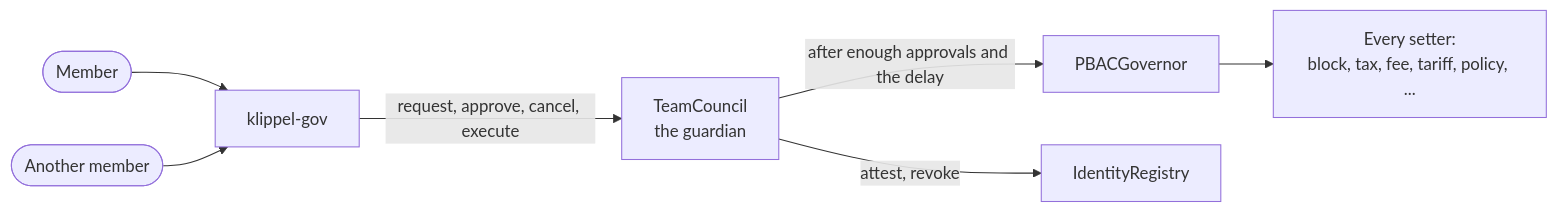
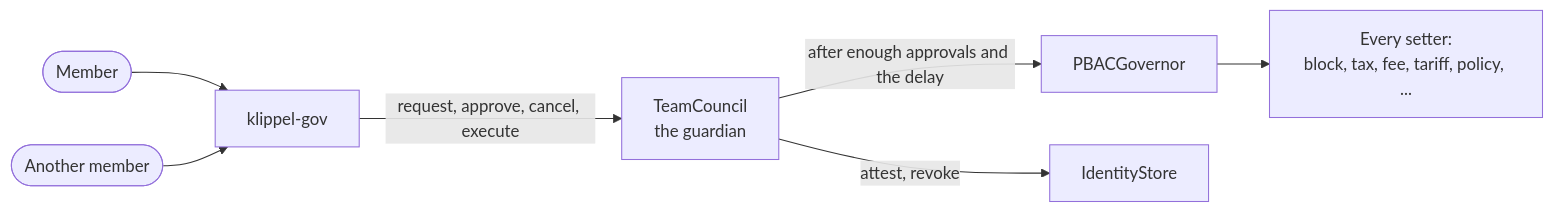
The diagram in gov/README.md (MuriloSchaefer/klippelgo), drawn with Mermaid before and after one commit. The commit also changed other lines of this file and 66 other files, not shown here.

Commit message:
chore: new release flow

````diff
--- a/gov/README.md
+++ b/gov/README.md
@@ -11,8 +11,8 @@
 ```mermaid
 flowchart LR
     m1([Member]) & m2([Another member]) --> tool[klippel-gov]
     tool -- "request, approve, cancel, execute" --> council[TeamCouncil<br/>the guardian]
     council -- "after enough approvals and the delay" --> gov[PBACGovernor]
     gov --> setters[Every setter:<br/>block, tax, fee, tariff, policy, ...]
-    council -- "attest, revoke" --> reg[IdentityRegistry]
+    council -- "attest, revoke" --> reg[IdentityStore]
 ```
````
